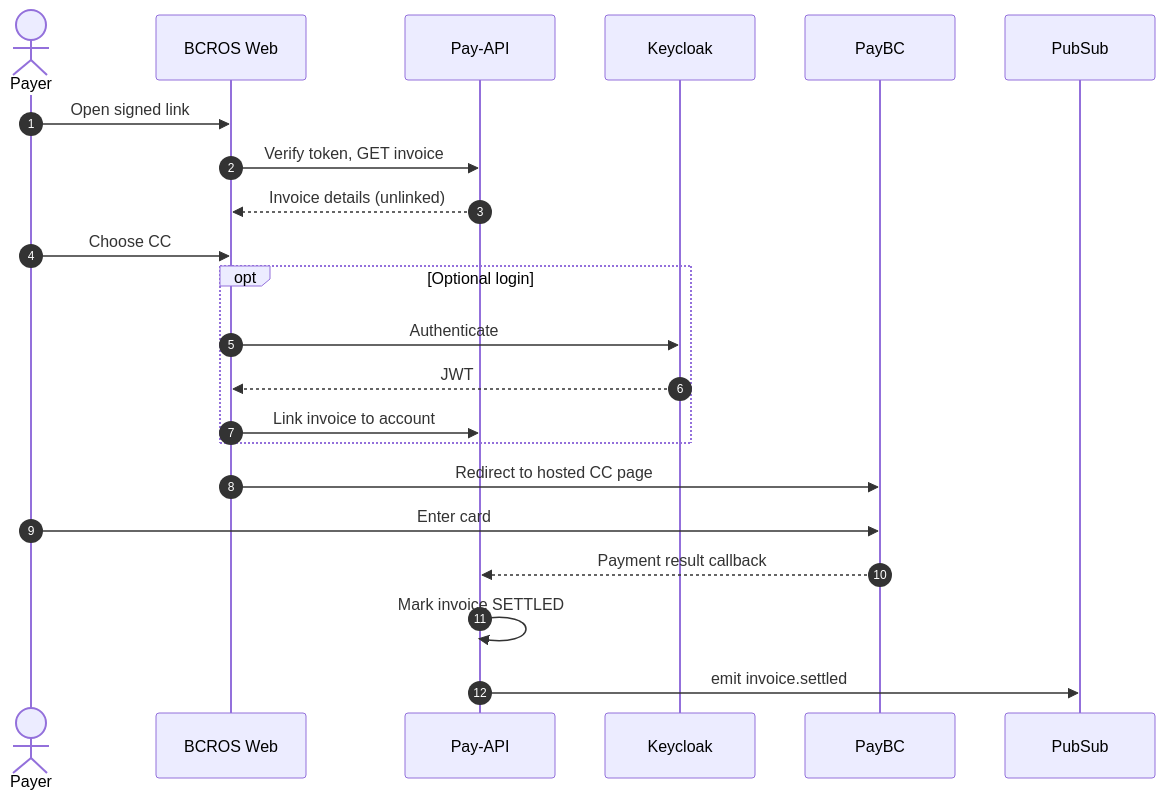
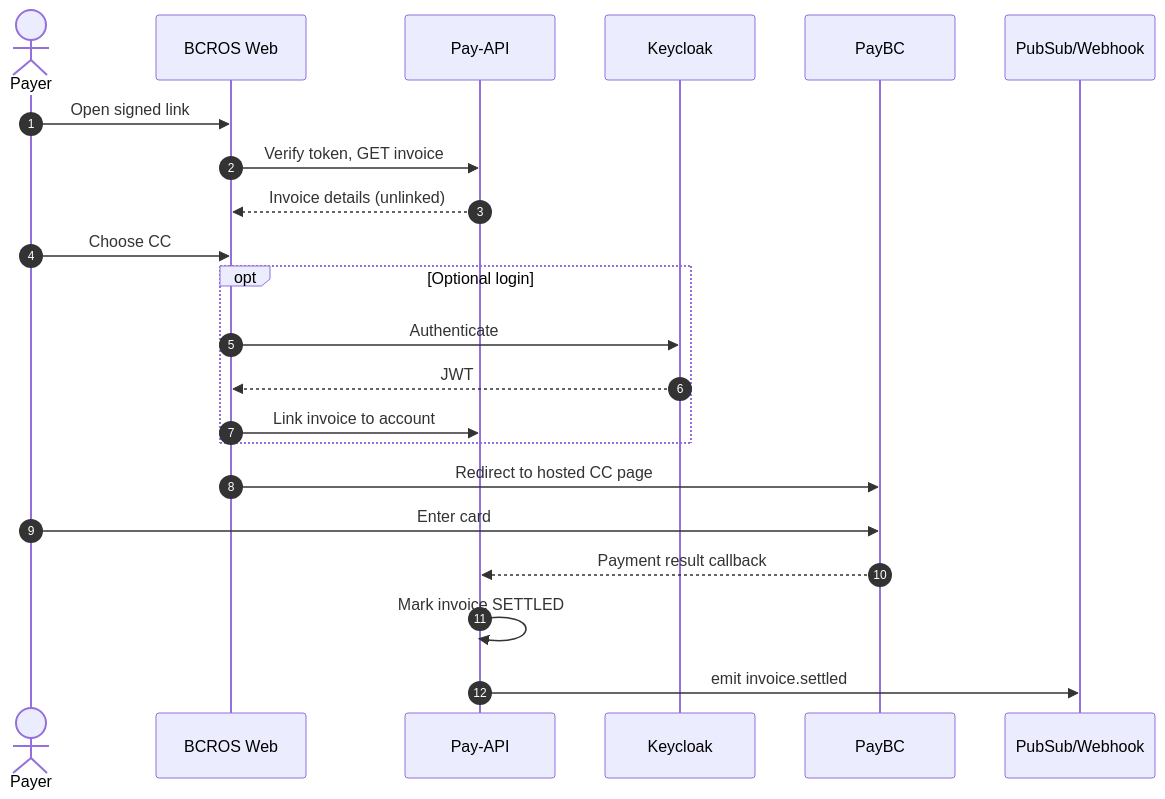
Before and after one commit to sumesh85/sbc-pay: the second of 2 diagrams in docs/external-invoice-flow.md, drawn with Mermaid. The commit also changed other lines of this file, not shown here.

````diff
--- a/docs/external-invoice-flow.md
+++ b/docs/external-invoice-flow.md
@@ -57,25 +57,25 @@
 ```mermaid
 sequenceDiagram
   autonumber
   actor Payer
   participant Web as BCROS Web
   participant API as Pay-API
   participant KC as Keycloak
   participant PayBC
-  participant PS as PubSub
+  participant PS as PubSub/Webhook
 
   Payer->>Web: Open signed link
   Web->>API: Verify token, GET invoice
   API-->>Web: Invoice details (unlinked)
   Payer->>Web: Choose CC
   opt Optional login
     Web->>KC: Authenticate
     KC-->>Web: JWT
     Web->>API: Link invoice to account
   end
   Web->>PayBC: Redirect to hosted CC page
   Payer->>PayBC: Enter card
   PayBC-->>API: Payment result callback
   API->>API: Mark invoice SETTLED
   API->>PS: emit invoice.settled
 ```
````
